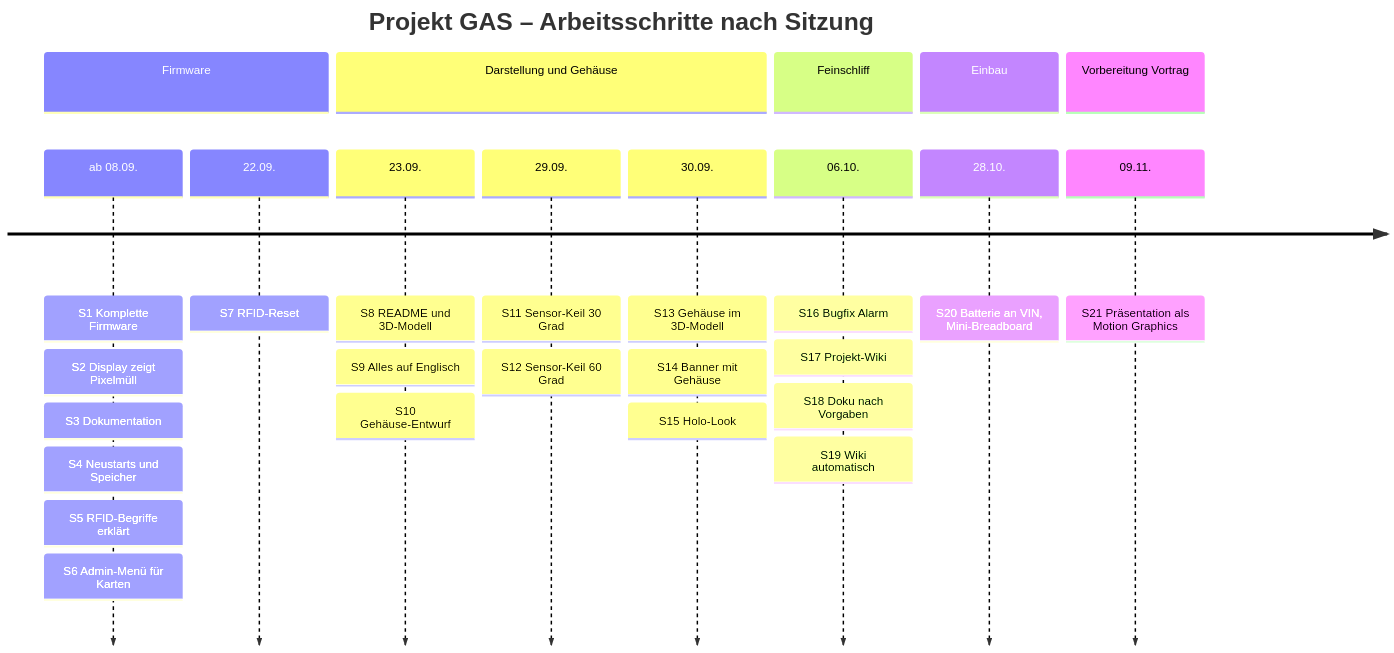
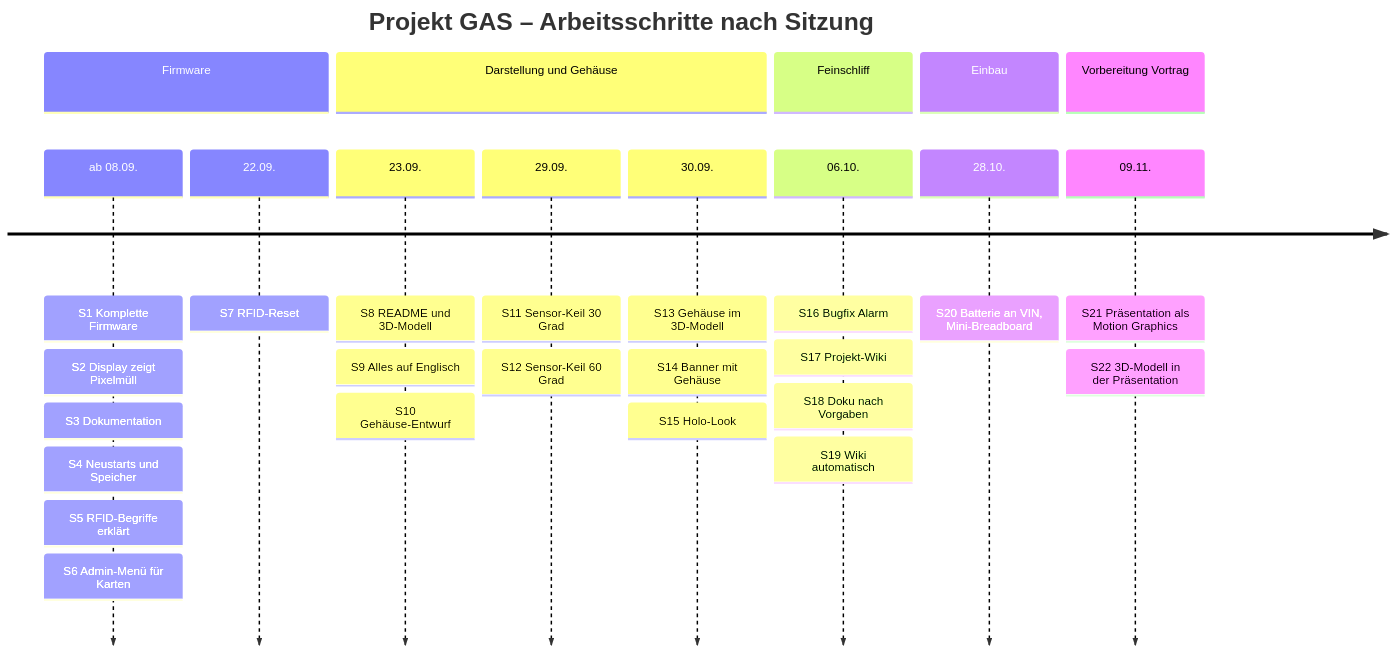
One commit to BBZ-AIFS51/LF7-Projekt_GAS changed the first of 3 diagrams in wiki/Entwicklungsverlauf.md. Above: the diagram before and after it, drawn with Mermaid. The commit also changed other lines of this file and 6 other files, not shown here.

````diff
--- a/wiki/Entwicklungsverlauf.md
+++ b/wiki/Entwicklungsverlauf.md
@@ -25,30 +25,31 @@
 ```mermaid
 timeline
     title Projekt GAS – Arbeitsschritte nach Sitzung
     section Firmware
         ab 08.09. : S1 Komplette Firmware
                   : S2 Display zeigt Pixelmüll
                   : S3 Dokumentation
                   : S4 Neustarts und Speicher
                   : S5 RFID-Begriffe erklärt
                   : S6 Admin-Menü für Karten
         22.09. : S7 RFID-Reset
     section Darstellung und Gehäuse
         23.09. : S8 README und 3D-Modell
                : S9 Alles auf Englisch
                : S10 Gehäuse-Entwurf
         29.09. : S11 Sensor-Keil 30 Grad
                : S12 Sensor-Keil 60 Grad
         30.09. : S13 Gehäuse im 3D-Modell
                : S14 Banner mit Gehäuse
                : S15 Holo-Look
     section Feinschliff
         06.10. : S16 Bugfix Alarm
                : S17 Projekt-Wiki
                : S18 Doku nach Vorgaben
                : S19 Wiki automatisch
     section Einbau
         28.10. : S20 Batterie an VIN, Mini-Breadboard
     section Vorbereitung Vortrag
         09.11. : S21 Präsentation als Motion Graphics
+               : S22 3D-Modell in der Präsentation
 ```
````
